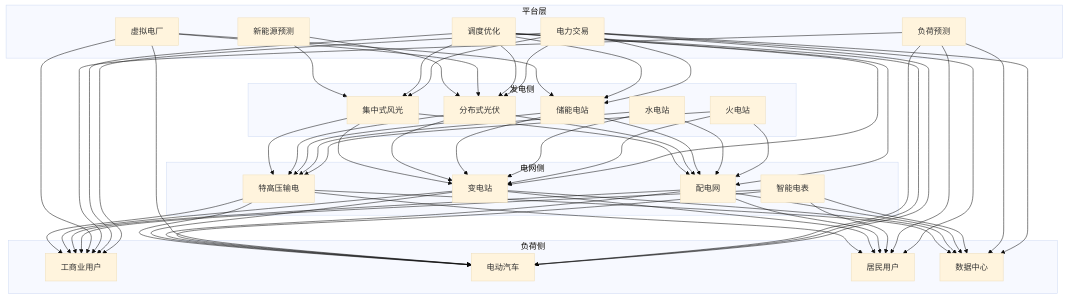
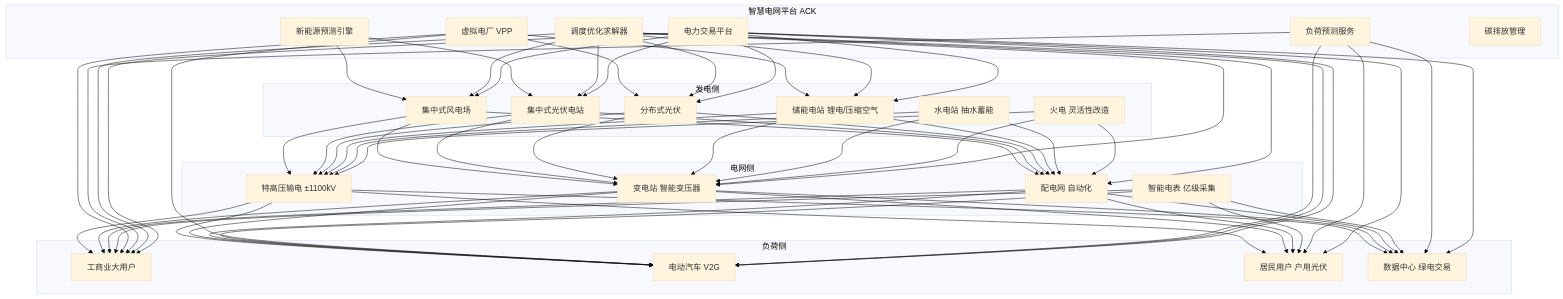
Before and after one commit to kudig-io/kudig-database: the first of 4 diagrams in topic-application-architecture/61-smart-grid.md, drawn with Mermaid (base theme). The commit also changed other lines of this file and 8633 other files, not shown here.

````diff
--- a/topic-application-architecture/61-smart-grid.md
+++ b/topic-application-architecture/61-smart-grid.md
@@ -49,41 +132,43 @@
 ```mermaid
 graph TB
-    subgraph 发电侧
-        G1[集中式风光]
-        G2[分布式光伏]
-        G3[储能电站]
-        G4[水电站]
-        G5[火电站]
+    subgraph 发电侧["发电侧"]
+        G1[集中式风电场]
+        G2[集中式光伏电站]
+        G3[分布式光伏]
+        G4[储能电站 锂电/压缩空气]
+        G5[水电站 抽水蓄能]
+        G6[火电 灵活性改造]
     end
 
-    subgraph 电网侧
-        T1[特高压输电]
-        T2[变电站]
-        T3[配电网]
-        T4[智能电表]
+    subgraph 电网侧["电网侧"]
+        T1[特高压输电 ±1100kV]
+        T2[变电站 智能变压器]
+        T3[配电网 自动化]
+        T4[智能电表 亿级采集]
     end
 
-    subgraph 负荷侧
-        L1[工商业用户]
-        L2[电动汽车]
-        L3[居民用户]
-        L4[数据中心]
+    subgraph 负荷侧["负荷侧"]
+        L1[工商业大用户]
+        L2[电动汽车 V2G]
+        L3[居民用户 户用光伏]
+        L4[数据中心 绿电交易]
     end
 
-    subgraph 平台层
-        P1[新能源预测]
-        P2[虚拟电厂]
-        P3[负荷预测]
-        P4[调度优化]
-        P5[电力交易]
+    subgraph 平台层["智慧电网平台 ACK"]
+        P1[新能源预测引擎]
+        P2[虚拟电厂 VPP]
+        P3[负荷预测服务]
+        P4[调度优化求解器]
+        P5[电力交易平台]
+        P6[碳排放管理]
     end
 
-    G1 & G2 & G3 & G4 & G5 --> T1 & T2 & T3
+    G1 & G2 & G3 & G4 & G5 & G6 --> T1 & T2 & T3
     T1 & T2 & T3 --> L1 & L2 & L3 & L4
     T4 --> L1 & L2 & L3 & L4
     P1 --> G1 & G2
-    P2 --> G2 & G3 & L1 & L2
+    P2 --> G3 & G4 & L1 & L2
     P3 --> L1 & L2 & L3 & L4
-    P4 --> G1 & G2 & G3 & T2 & T3 & L1 & L2
-    P5 --> G1 & G2 & G3 & L1 & L2 & L3 & L4
+    P4 --> G1 & G2 & G3 & G4 & T2 & T3 & L1 & L2
+    P5 --> G1 & G2 & G3 & G4 & L1 & L2 & L3 & L4
 ```
````
